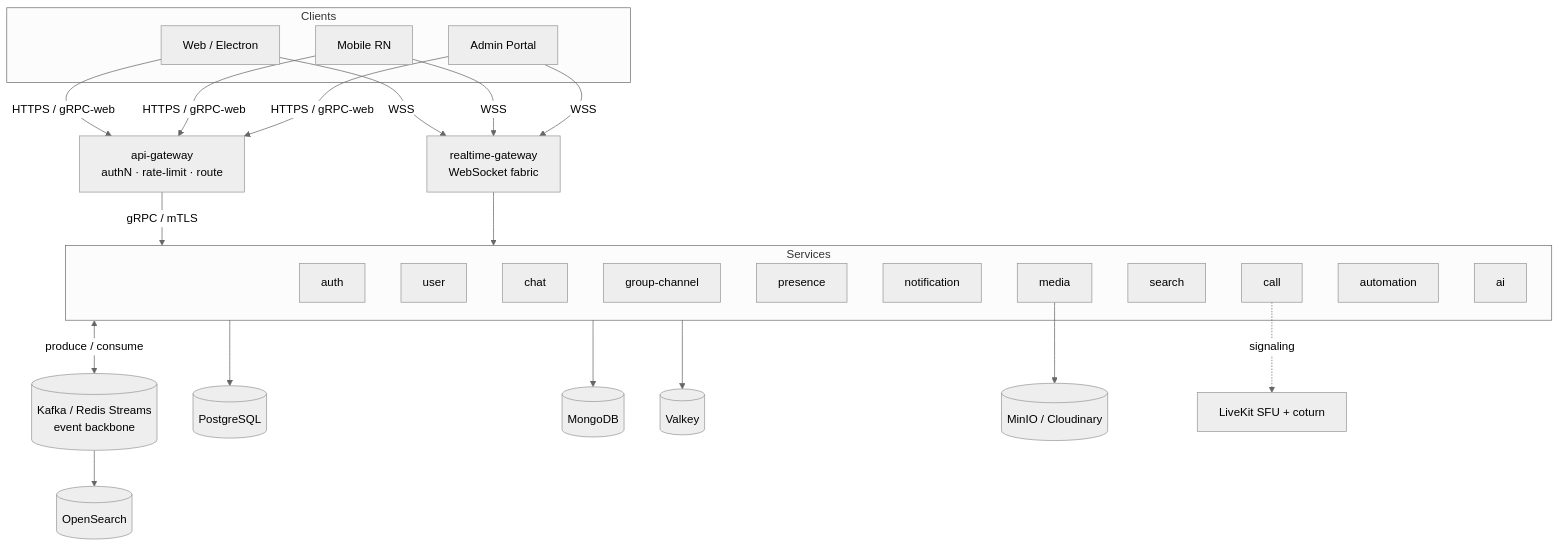
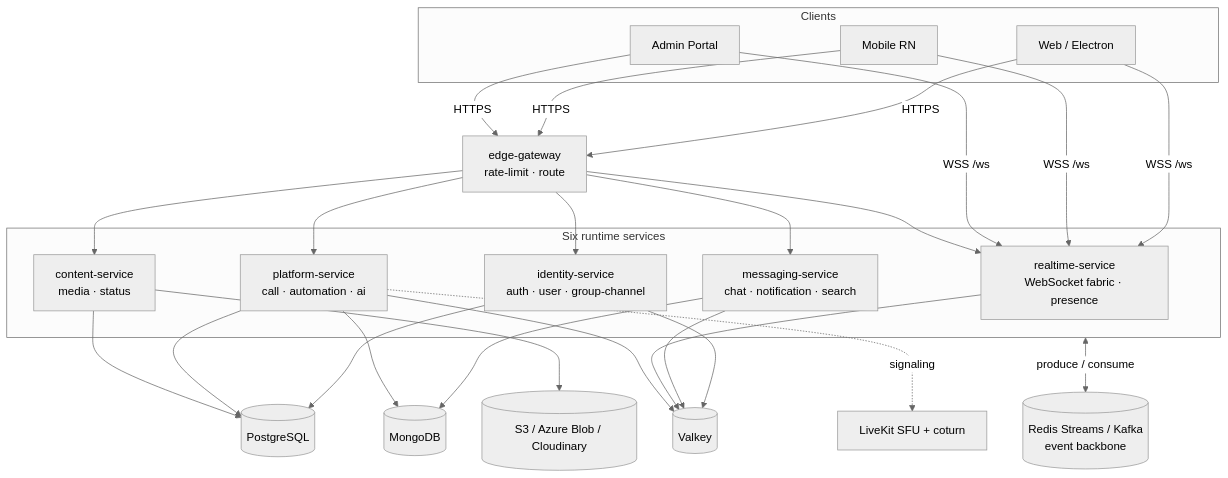
Before and after one commit to Aayushajs/VELCHAT-BACKEND: the diagram in README.md, drawn with Mermaid (neutral theme). The commit also changed other lines of this file and 11 other files, not shown here.

````diff
--- a/README.md
+++ b/README.md
@@ -57,27 +57,28 @@
 ```mermaid
 flowchart TB
   subgraph Clients
     W[Web / Electron] & M[Mobile RN] & A[Admin Portal]
   end
-  W & M & A -->|HTTPS / gRPC-web| GW[api-gateway<br/>authN · rate-limit · route]
-  W & M & A -->|WSS| RT[realtime-gateway<br/>WebSocket fabric]
+  W & M & A -->|HTTPS| GW[edge-gateway<br/>rate-limit · route]
+  W & M & A -->|WSS /ws| RT
 
-  GW -->|gRPC / mTLS| SVC
-  RT --> SVC
+  GW --> ID & MSG & CON & PLT
+  GW --> RT
 
-  subgraph SVC[Services]
-    AUTH[auth] & USER[user] & CHAT[chat] & GC[group-channel]
-    PRES[presence] & NOTIF[notification] & MEDIA[media] & SEARCH[search]
-    CALL[call] & AUTO[automation] & AI[ai]
+  subgraph SVC[Six runtime services]
+    ID[identity-service<br/>auth · user · group-channel]
+    MSG[messaging-service<br/>chat · notification · search]
+    RT[realtime-service<br/>WebSocket fabric · presence]
+    CON[content-service<br/>media · status]
+    PLT[platform-service<br/>call · automation · ai]
   end
 
-  SVC <-->|produce / consume| BUS[(Kafka / Redis Streams<br/>event backbone)]
+  SVC <-->|produce / consume| BUS[(Redis Streams / Kafka<br/>event backbone)]
 
-  SVC --> PG[(PostgreSQL)]
-  SVC --> MG[(MongoDB)]
-  SVC --> VK[(Valkey)]
-  BUS --> OS[(OpenSearch)]
-  MEDIA --> S3[(MinIO / Cloudinary)]
+  ID & PLT & CON --> PG[(PostgreSQL)]
+  MSG & PLT --> MG[(MongoDB)]
+  ID & MSG & RT & PLT --> VK[(Valkey)]
+  CON --> S3[(S3 / Azure Blob / Cloudinary)]
 
-  CALL -. signaling .-> LK[LiveKit SFU + coturn]
+  PLT -. signaling .-> LK[LiveKit SFU + coturn]
 ```
````
